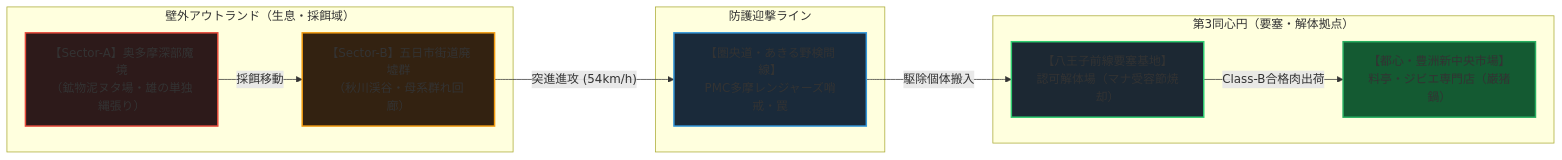
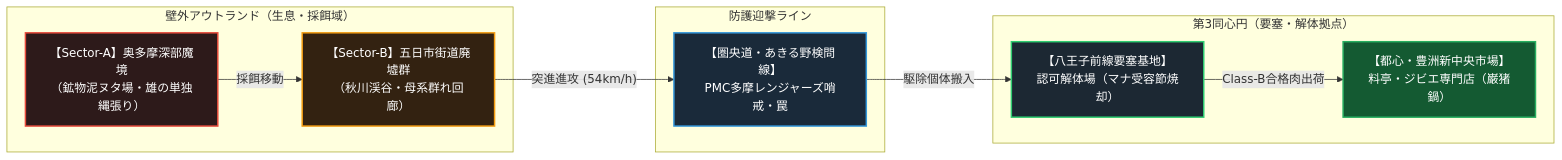
The diagram in creatures/001_crag_boar.md (takenoriohno-cloud/world-building), drawn with Mermaid before and after one commit. The commit also changed 8 other files, not shown here.

Commit message:
feature/updateCreature update: mermaid文字色固定

````diff
--- a/creatures/001_crag_boar.md
+++ b/creatures/001_crag_boar.md
@@ -63,19 +63,19 @@
 ```mermaid
 graph LR
     subgraph "壁外アウトランド（生息・採餌域）"
         A["【Sector-A】奥多摩深部魔境<br>（鉱物泥ヌタ場・雄の単独縄張り）"] -->|"採餌移動"| B["【Sector-B】五日市街道廃墟群<br>（秋川渓谷・母系群れ回廊）"]
     end
     subgraph "防護迎撃ライン"
         B -->|"突進進攻 (54km/h)"| W["【圏央道・あきる野検問線】<br>PMC多摩レンジャーズ哨戒・罠"]
     end
     subgraph "第3同心円（要塞・解体拠点）"
         W -->|"駆除個体搬入"| H["【八王子前線要塞基地】<br>認可解体場（マナ受容節焼却）"]
         H -->|"Class-B合格肉出荷"| T["【都心・豊洲新中央市場】<br>料亭・ジビエ専門店（巌猪鍋）"]
     end
 
-    style A fill:#2d1a1a,stroke:#e74c3c,stroke-width:2px;
-    style B fill:#332211,stroke:#f39c12,stroke-width:2px;
-    style W fill:#1a2a3a,stroke:#3498db,stroke-width:2px;
-    style H fill:#1c2833,stroke:#2ecc71,stroke-width:2px;
-    style T fill:#145a32,stroke:#27ae60,stroke-width:2px;
+    style A fill:#2d1a1a,stroke:#e74c3c,stroke-width:2px,color:#ffffff;
+    style B fill:#332211,stroke:#f39c12,stroke-width:2px,color:#ffffff;
+    style W fill:#1a2a3a,stroke:#3498db,stroke-width:2px,color:#ffffff;
+    style H fill:#1c2833,stroke:#2ecc71,stroke-width:2px,color:#ffffff;
+    style T fill:#145a32,stroke:#27ae60,stroke-width:2px,color:#ffffff;
 ```
````
